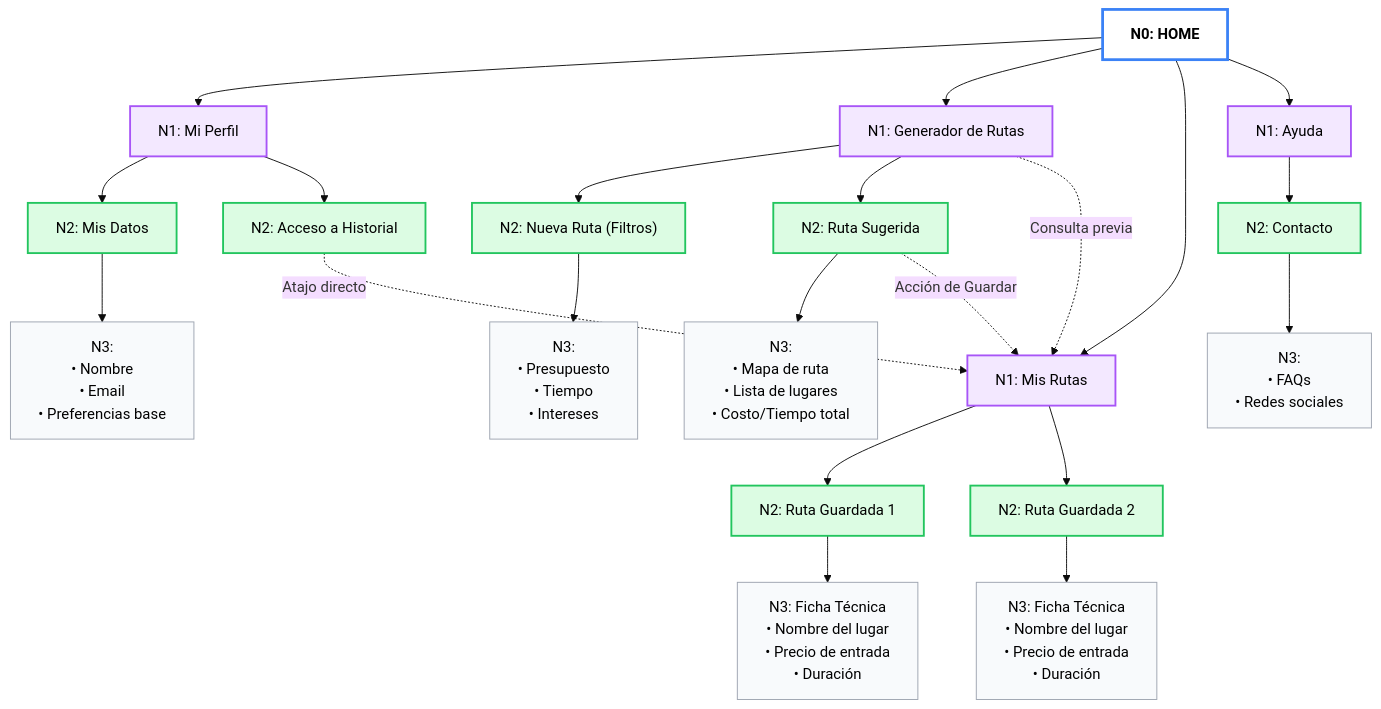
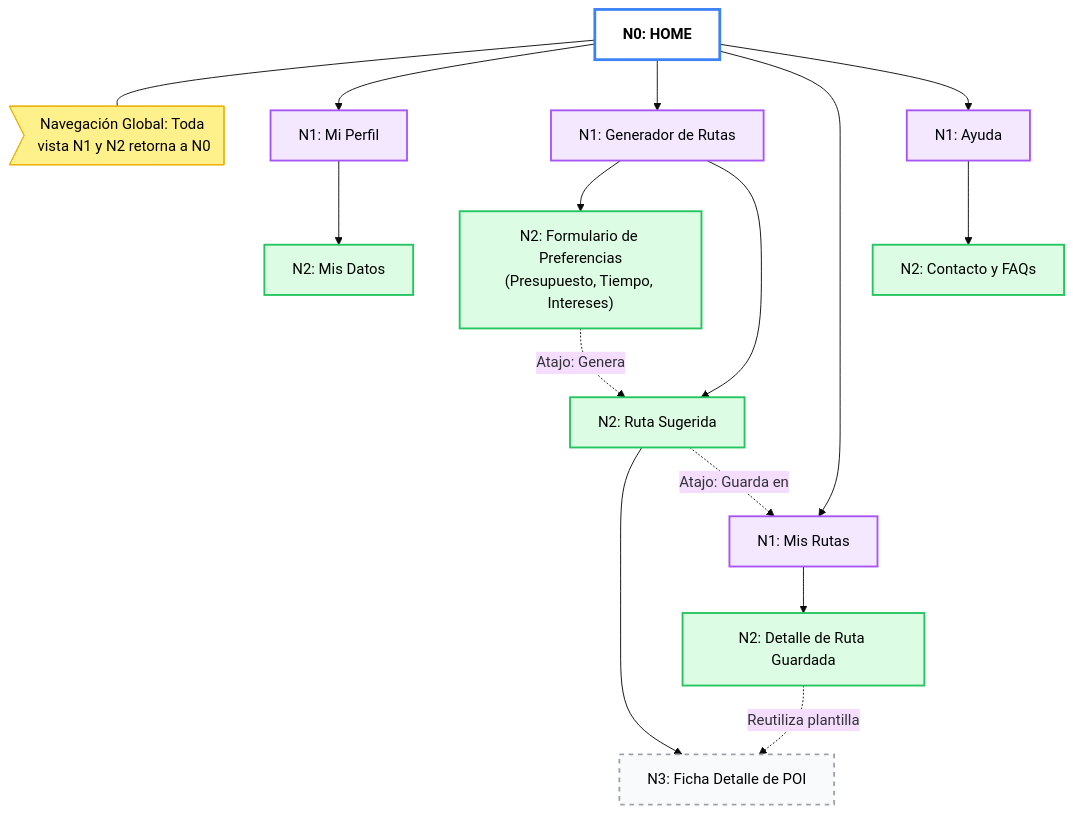
One commit to Sxnr/Santiago-Inteligente changed the diagram in Arquitectura_Informacion.md. Above: the diagram before and after it, drawn with Mermaid (base theme). The commit also changed 1 other file, not shown here.

Commit message:
Mejoras e Ajustes de las arquitecturas

````diff
--- a/Arquitectura_Informacion.md
+++ b/Arquitectura_Informacion.md
@@ -1,47 +1,40 @@
 ```mermaid
 graph TD
-    %% Definición de estilos jerárquicos basados en la imagen
     classDef n0 fill:#ffffff,stroke:#3b82f6,stroke-width:3px,font-weight:bold,color:#000
     classDef n1 fill:#f3e8ff,stroke:#a855f7,stroke-width:2px,color:#000
     classDef n2 fill:#dcfce3,stroke:#22c55e,stroke-width:2px,color:#000
-    classDef n3 fill:#f8fafc,stroke:#9ca3af,stroke-width:1px,color:#000
+    classDef n3 fill:#f8fafc,stroke:#9ca3af,stroke-width:2px,stroke-dasharray: 5 5,color:#000
+    classDef nota fill:#fef08a,stroke:#eab308,stroke-width:1px,color:#000
 
-    %% N0: Raíz
     N0["N0: HOME"]:::n0
+    GlobalNav>Navegación Global: Toda vista N1 y N2 retorna a N0]:::nota
+    
+    N0 --- GlobalNav
 
-    %% N1: Secciones Principales
     N0 --> N1_1["N1: Mi Perfil"]:::n1
     N0 --> N1_2["N1: Generador de Rutas"]:::n1
     N0 --> N1_3["N1: Mis Rutas"]:::n1
     N0 --> N1_4["N1: Ayuda"]:::n1
 
     %% Rama Mi Perfil
     N1_1 --> N2_1["N2: Mis Datos"]:::n2
-    N1_1 --> N2_2["N2: Acceso a Historial"]:::n2
-    
-    N2_1 --> N3_1["N3:<br/>• Nombre<br/>• Email<br/>• Preferencias base"]:::n3
 
-    %% Rama Generador de Rutas
-    N1_2 --> N2_3["N2: Nueva Ruta (Filtros)"]:::n2
+    %% Rama Generador (Formulario consolidado en N2)
+    N1_2 --> N2_3["N2: Formulario de Preferencias<br>(Presupuesto, Tiempo, Intereses)"]:::n2
     N1_2 --> N2_4["N2: Ruta Sugerida"]:::n2
     
-    N2_3 --> N3_2["N3:<br/>• Presupuesto<br/>• Tiempo<br/>• Intereses"]:::n3
-    N2_4 --> N3_3["N3:<br/>• Mapa de ruta<br/>• Lista de lugares<br/>• Costo/Tiempo total"]:::n3
+    %% N3 dinámico
+    N2_4 --> N3_1["N3: Ficha Detalle de POI"]:::n3
 
-    %% Rama Mis Rutas
-    N1_3 --> N2_5["N2: Ruta Guardada 1"]:::n2
-    N1_3 --> N2_6["N2: Ruta Guardada 2"]:::n2
+    %% Rama Mis Rutas (Plantilla en lugar de instancia)
+    N1_3 --> N2_5["N2: Detalle de Ruta Guardada"]:::n2
     
-    N2_5 --> N3_4["N3: Ficha Técnica<br/>• Nombre del lugar<br/>• Precio de entrada<br/>• Duración"]:::n3
-    N2_6 --> N3_5["N3: Ficha Técnica<br/>• Nombre del lugar<br/>• Precio de entrada<br/>• Duración"]:::n3
+    %% Rama Ayuda
+    N1_4 --> N2_7["N2: Contacto y FAQs"]:::n2
 
-    %% Rama Ayuda
-    N1_4 --> N2_7["N2: Contacto"]:::n2
-    N2_7 --> N3_6["N3:<br/>• FAQs<br/>• Redes sociales"]:::n3
-
-    %% ENLACES TRANSVERSALES
-    N2_2 -.->|"Atajo directo"| N1_3
-    N2_4 -.->|"Acción de Guardar"| N1_3
-    N1_2 -.->|"Consulta previa"| N1_3
+    %% Enlaces transversales de navegación
+    N2_3 -.->|"Atajo: Genera"| N2_4
+    N2_4 -.->|"Atajo: Guarda en"| N1_3
+    N2_5 -.->|"Reutiliza plantilla"| N3_1
 
 ```
````
